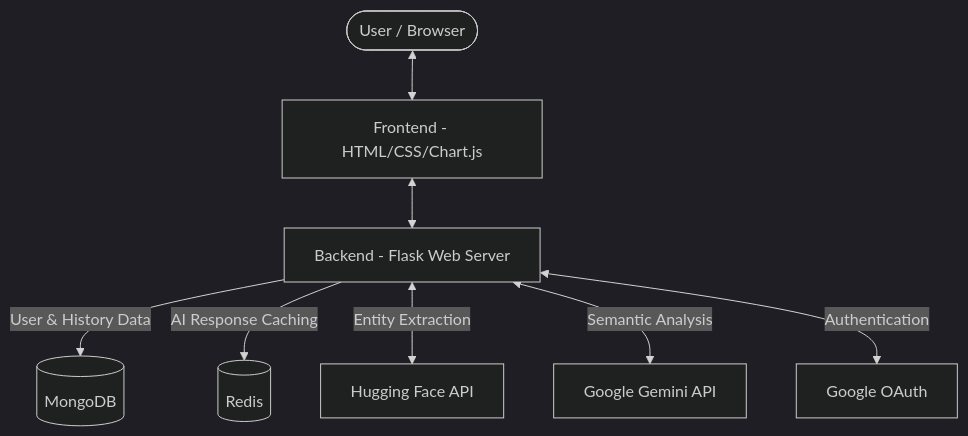
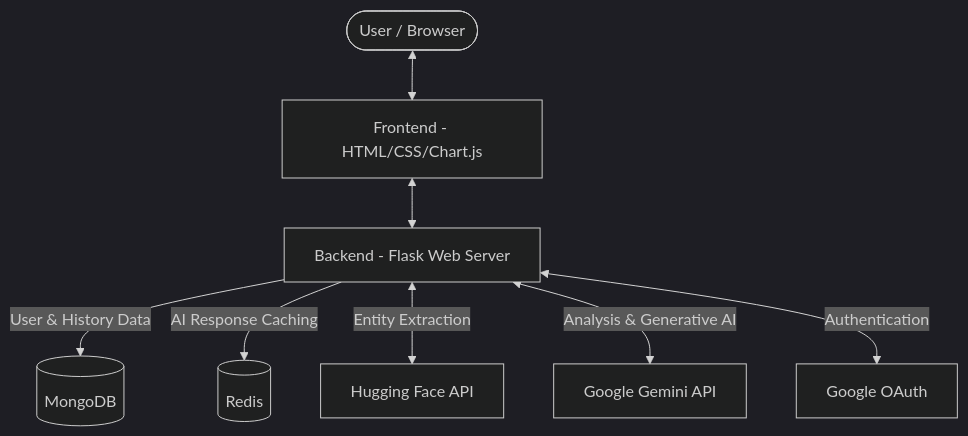
Before and after one commit to PremalBhagat2005/Resume_analyserV2: the diagram in README.md, drawn with Mermaid (dark theme). The commit also changed other lines of this file, not shown here.

Commit message:
Updated Architecture Overview

````diff
--- a/README.md
+++ b/README.md
@@ -108,12 +108,12 @@
 ```mermaid
 graph TD
     A([User / Browser]) <--> B[Frontend - HTML/CSS/Chart.js]
     B <--> C[Backend - Flask Web Server]
     
     C -->|User & History Data| D[(MongoDB)]
     C -->|AI Response Caching| E[(Redis)]
     
     C <-->|Entity Extraction| F[Hugging Face API]
-    C <-->|Semantic Analysis| G[Google Gemini API]
+    C <-->|Analysis & Generative AI| G[Google Gemini API]
     C <-->|Authentication| H[Google OAuth]
 ```
````
